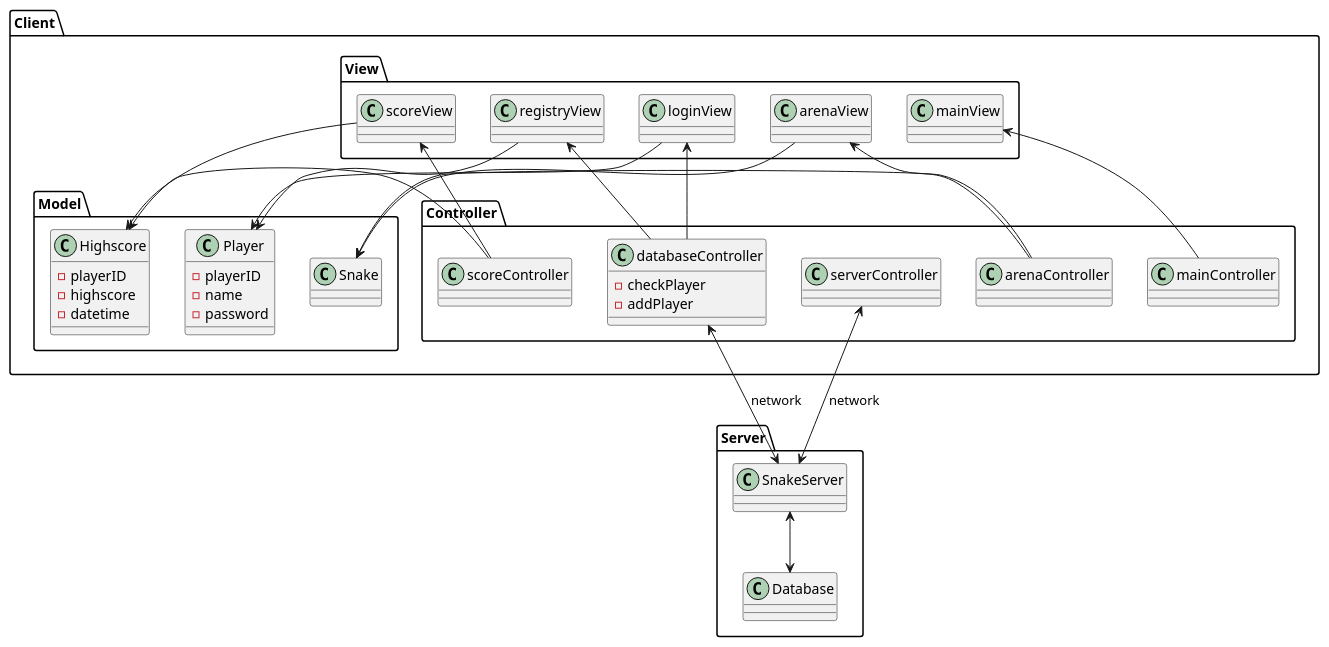
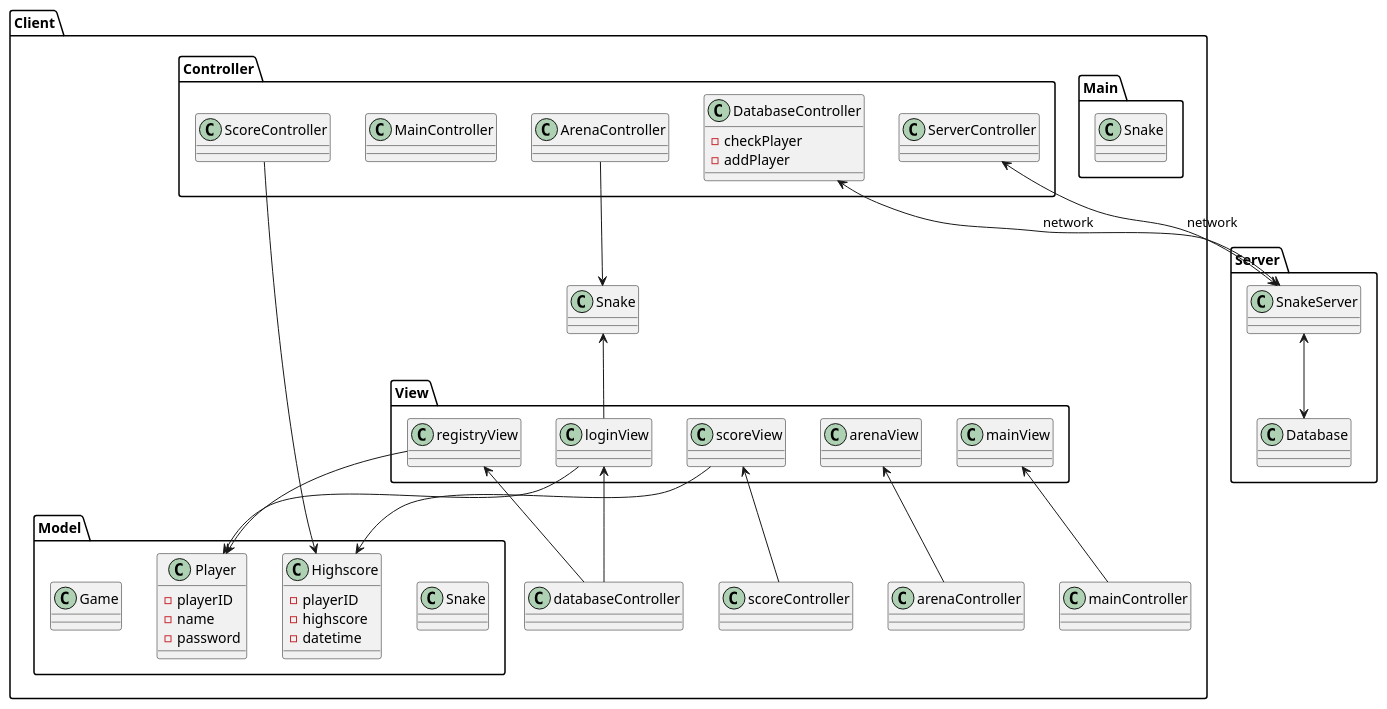
Before and after one commit to s74594/Multiplayer_Snake: the diagram in PlantUML/MultiplayerSnake.puml, drawn with PlantUML. The commit also changed 8 other files, not shown here.

Commit message:
- Refactoring for compliance with class model - ArenaController added - UML diagram updated

```diff
--- a/PlantUML/MultiplayerSnake.puml
+++ b/PlantUML/MultiplayerSnake.puml
@@ -1,61 +1,65 @@
 @startuml
 'https://plantuml.com/class-diagram
 
 package Client {
+    package Main {
+        class Snake {}
+    }
     package Model {
         class Snake {}
         class Player{
         -playerID
         -name
         -password
         }
         class Highscore{
         -playerID
         -highscore
         -datetime
         }
+        class Game{}
     }
 
     package View {
         class scoreView{}
         class registryView{}
         class loginView{}
         class arenaView{}
         class mainView{}
     }
 
     package Controller {
-        class scoreController {}
-        class databaseController {
+        class ScoreController {}
+        class DatabaseController {
         -checkPlayer
         -addPlayer
         }
-        class arenaController {}
-        class mainController {}
-        class serverController{}
+        class ArenaController {}
+        class MainController {}
+        class ServerController{}
     }
     'connections
     registryView --> Player
     loginView --> Player
     Highscore <-- scoreView
-    Snake <-- arenaView
+    Snake <-- loginView
     scoreView <-- scoreController
     registryView <-- databaseController
     loginView <-- databaseController
     arenaView <-- arenaController
     mainView <-- mainController
-    arenaController --> Snake
-    scoreController --> Highscore
+    ArenaController --> Snake
+    ScoreController --> Highscore
     }
 
 package Server {
     class SnakeServer
     class Database {}
     'connections
     SnakeServer <--> Database
 }
 
 'connections
-serverController <--> SnakeServer :network
-databaseController <--> SnakeServer :network
+ServerController <--> SnakeServer :network
+DatabaseController <--> SnakeServer :network
 @enduml
```
